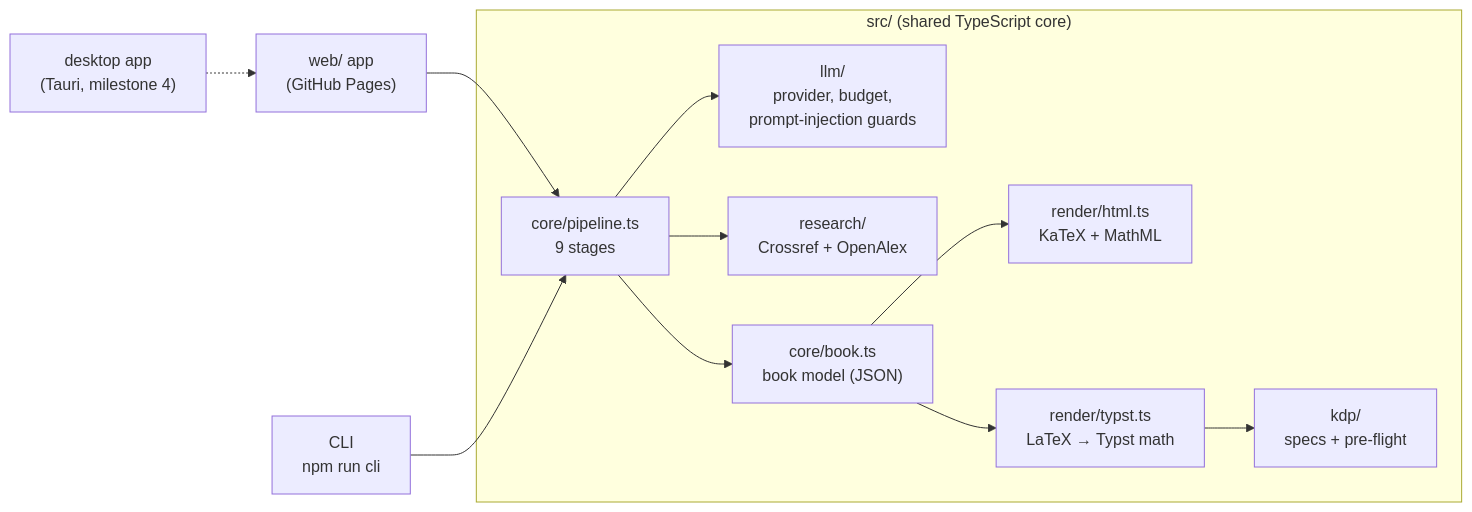
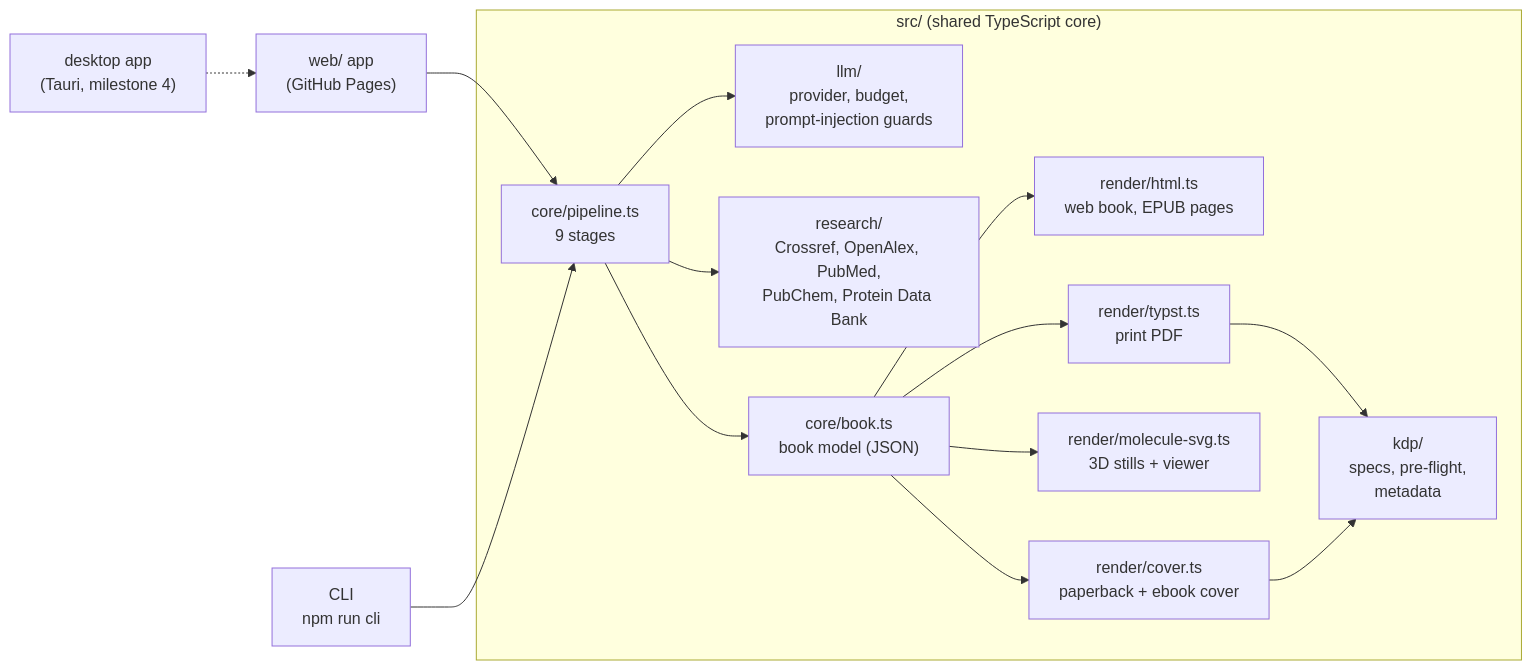
The first of 2 diagrams in README.md (Normansrule/scriptorium), drawn with Mermaid before and after one commit. The commit also changed other lines of this file and 49 other files, not shown here.

````diff
--- a/README.md
+++ b/README.md
@@ -111,14 +127,17 @@
 ```mermaid
 flowchart LR
   subgraph core["src/ (shared TypeScript core)"]
     P["core/pipeline.ts<br/>9 stages"] --> M["llm/<br/>provider, budget,<br/>prompt-injection guards"]
-    P --> R["research/<br/>Crossref + OpenAlex"]
+    P --> R["research/<br/>Crossref, OpenAlex, PubMed,<br/>PubChem, Protein Data Bank"]
     P --> B["core/book.ts<br/>book model (JSON)"]
-    B --> H["render/html.ts<br/>KaTeX + MathML"]
-    B --> T["render/typst.ts<br/>LaTeX → Typst math"]
-    T --> K["kdp/<br/>specs + pre-flight"]
+    B --> H["render/html.ts<br/>web book, EPUB pages"]
+    B --> T["render/typst.ts<br/>print PDF"]
+    B --> V["render/molecule-svg.ts<br/>3D stills + viewer"]
+    B --> CV["render/cover.ts<br/>paperback + ebook cover"]
+    T --> K["kdp/<br/>specs, pre-flight,<br/>metadata"]
+    CV --> K
   end
   W["web/ app<br/>(GitHub Pages)"] --> P
   C["CLI<br/>npm run cli"] --> P
   D["desktop app<br/>(Tauri, milestone 4)"] -.-> W
 ```
````
